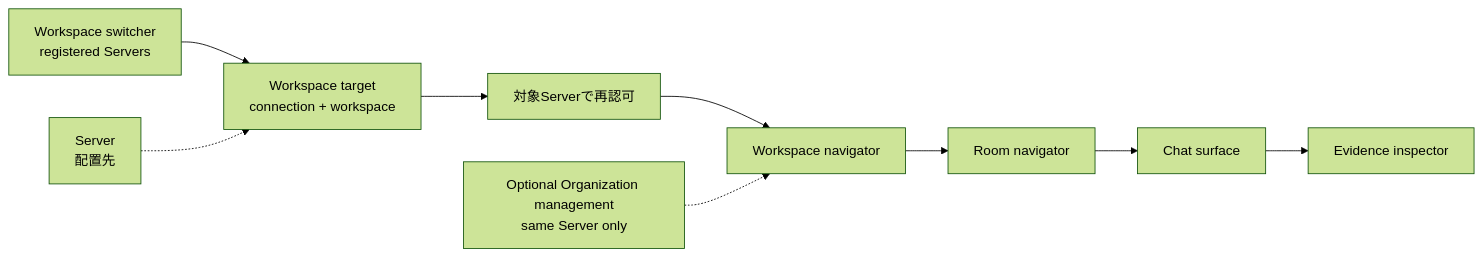
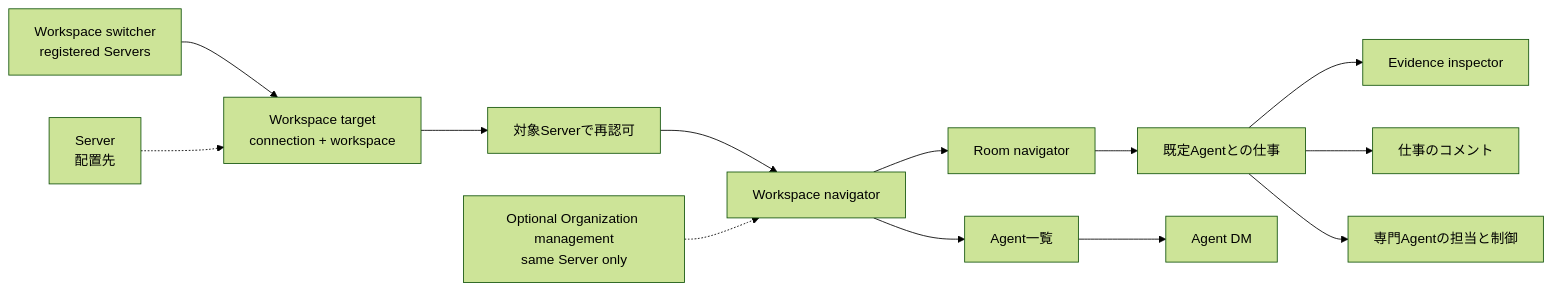
One commit to Takuma-kaho/Samurai-Agent changed the first of 3 diagrams in docs/designs/native-app.md. Above: the diagram before and after it, drawn with Mermaid (forest theme). The commit also changed other lines of this file and 6 other files, not shown here.

```diff
--- a/docs/designs/native-app.md
+++ b/docs/designs/native-app.md
@@ -58,11 +56,15 @@
 ~~~mermaid
 flowchart LR
   SW[Workspace switcher<br/>registered Servers] --> T[Workspace target<br/>connection + workspace]
   T --> A[対象Serverで再認可]
   A --> W[Workspace navigator]
   W --> R[Room navigator]
-  R --> CH[Chat surface]
+  R --> CH[既定Agentとの仕事]
   CH --> E[Evidence inspector]
+  CH --> C[仕事のコメント]
+  CH --> P[専門Agentの担当と制御]
+  W --> B[Agent一覧]
+  B --> DM[Agent DM]
   S[Server<br/>配置先] -.-> T
   O[Optional Organization management<br/>same Server only] -.-> W
 ~~~
```
